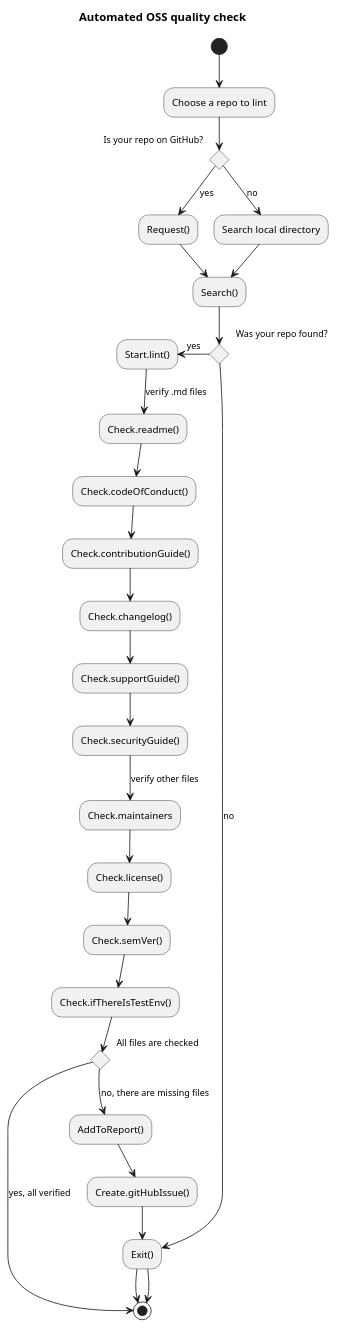
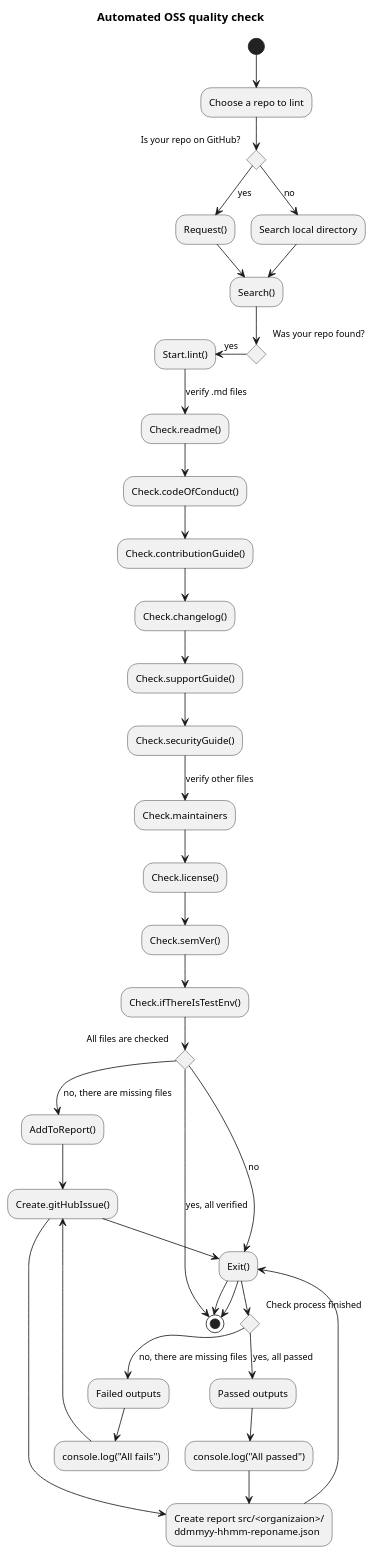
One commit to saucelabs/check-my-repo changed the diagram in diagrams/activity.puml. Above: the diagram before and after it, drawn with PlantUML.

Commit message:
Add json file report into process

```diff
--- a/diagrams/activity.puml
+++ b/diagrams/activity.puml
@@ -1,38 +1,51 @@
 @startuml
 title Automated OSS quality check
 
 (*) --> "Choose a repo to lint"
 
 if "Is your repo on GitHub?" then
   -->[yes] "Request()"
   --> "Search()"
   else
     -->[no] "Search local directory"
     --> "Search()"
 endif
 
 if "Was your repo found?" then
   -left->[yes] "Start.lint()"
     --> [verify .md files] "Check.readme()"
     --> "Check.codeOfConduct()"
     --> "Check.contributionGuide()"
     --> "Check.changelog()"
     --> "Check.supportGuide()"
     --> "Check.securityGuide()"
     --> [verify other files] "Check.maintainers"
     --> "Check.license()"
     --> "Check.semVer()"
     --> "Check.ifThereIsTestEnv()"
     if "All files are checked" then
       -->[yes, all verified](*)
       else
       -->[no, there are missing files] "AddToReport()"
       --> "Create.gitHubIssue()"
       --> "Exit()"
+
+    if "Check process finished" then
+      -->[yes, all passed] Passed outputs
+      --> console.log("All passed")
+      --> "Create report src/<organizaion>/
+          ddmmyy-hhmm-reponame.json"
+        else
+          -->[no, there are missing files] Failed outputs
+          --> console.log("All fails")
+          --> Create.gitHubIssue()
+          --> "Create report src/<organizaion>/
+              ddmmyy-hhmm-reponame.json"
+      --> Exit()
       -->(*)
   endif
 else
   -->[no] "Exit()"
   -->(*)
 endif
 @enduml
```
